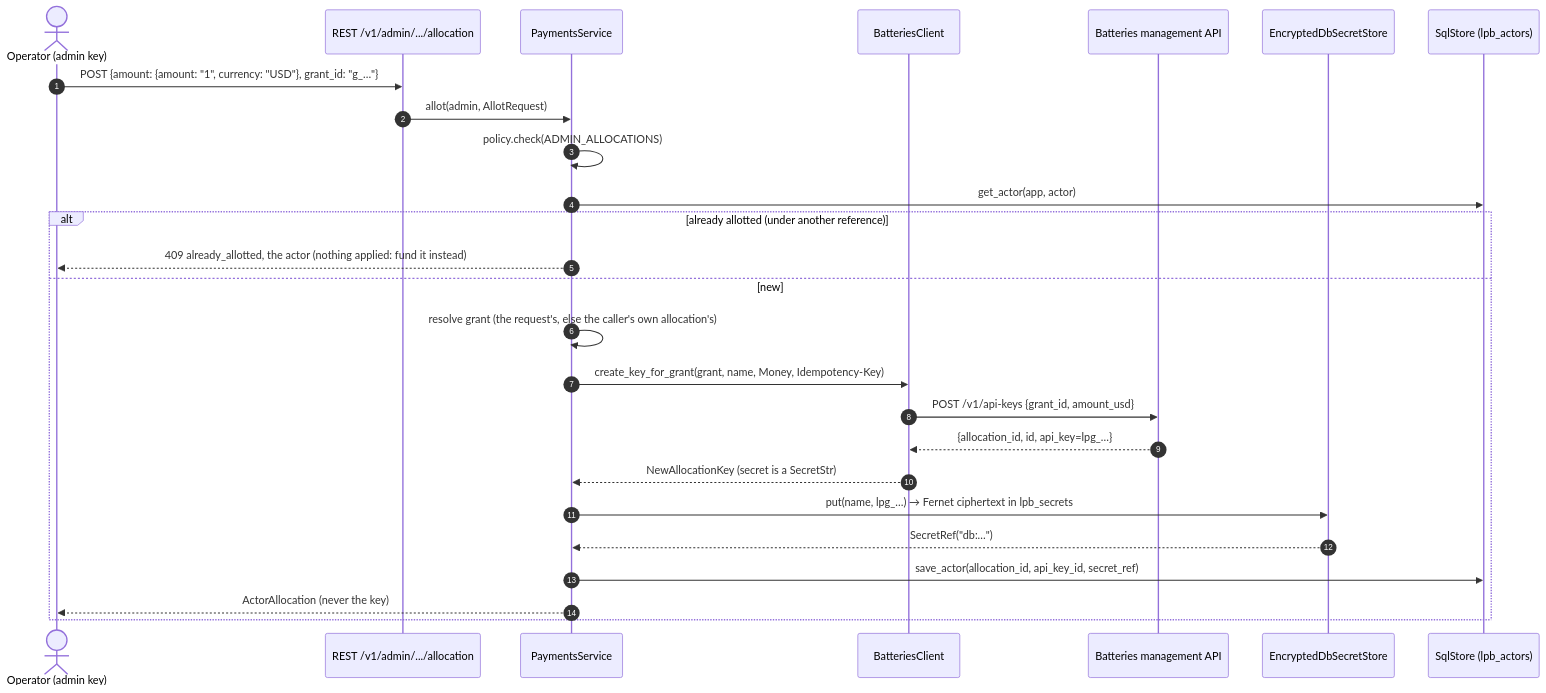
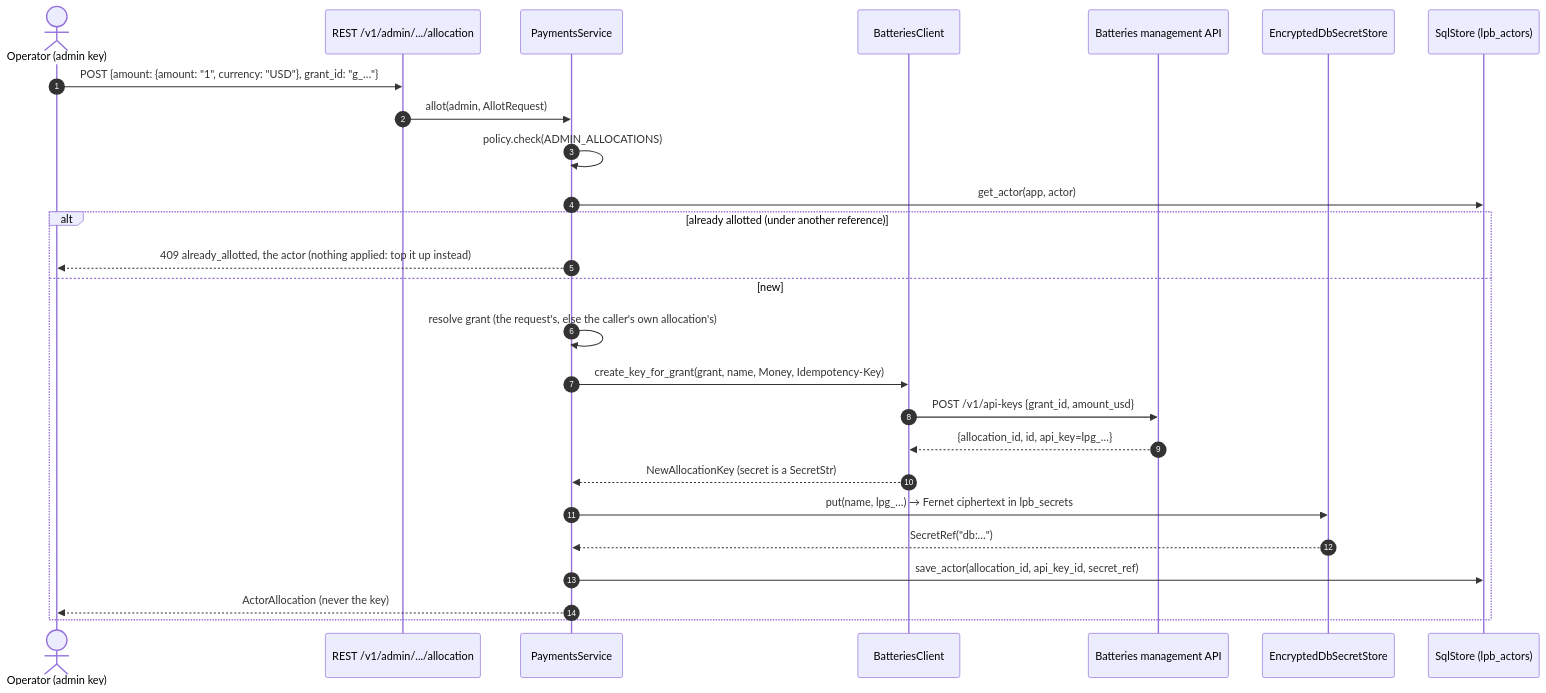
One commit to NE-Build-Track/livepeer-builder-core changed the fifth of 12 diagrams in docs/design-docs/architecture-diagrams.md. Above: the diagram before and after it, drawn with Mermaid. The commit also changed other lines of this file and 50 other files, not shown here.

First line of the commit message:
refactor(payments)!: fund becomes top up (#163)

````diff
--- a/docs/design-docs/architecture-diagrams.md
+++ b/docs/design-docs/architecture-diagrams.md
@@ -157,28 +157,28 @@
 ```mermaid
 sequenceDiagram
     autonumber
     actor Op as Operator (admin key)
     participant H as REST /v1/admin/.../allocation
     participant Pay as PaymentsService
     participant B as BatteriesClient
     participant Bat as Batteries management API
     participant Sec as EncryptedDbSecretStore
     participant DB as SqlStore (lpb_actors)
     Op->>H: POST {amount: {amount: "1", currency: "USD"}, grant_id: "g_…"}
     H->>Pay: allot(admin, AllotRequest)
     Pay->>Pay: policy.check(ADMIN_ALLOCATIONS)
     Pay->>DB: get_actor(app, actor)
     alt already allotted (under another reference)
-        Pay-->>Op: 409 already_allotted, the actor (nothing applied: fund it instead)
+        Pay-->>Op: 409 already_allotted, the actor (nothing applied: top it up instead)
     else new
         Pay->>Pay: resolve grant (the request's, else the caller's own allocation's)
         Pay->>B: create_key_for_grant(grant, name, Money, Idempotency-Key)
         B->>Bat: POST /v1/api-keys {grant_id, amount_usd}
         Bat-->>B: {allocation_id, id, api_key=lpg_…}
         B-->>Pay: NewAllocationKey (secret is a SecretStr)
         Pay->>Sec: put(name, lpg_…) → Fernet ciphertext in lpb_secrets
         Sec-->>Pay: SecretRef("db:…")
         Pay->>DB: save_actor(allocation_id, api_key_id, secret_ref)
         Pay-->>Op: ActorAllocation (never the key)
     end
 ```
````
